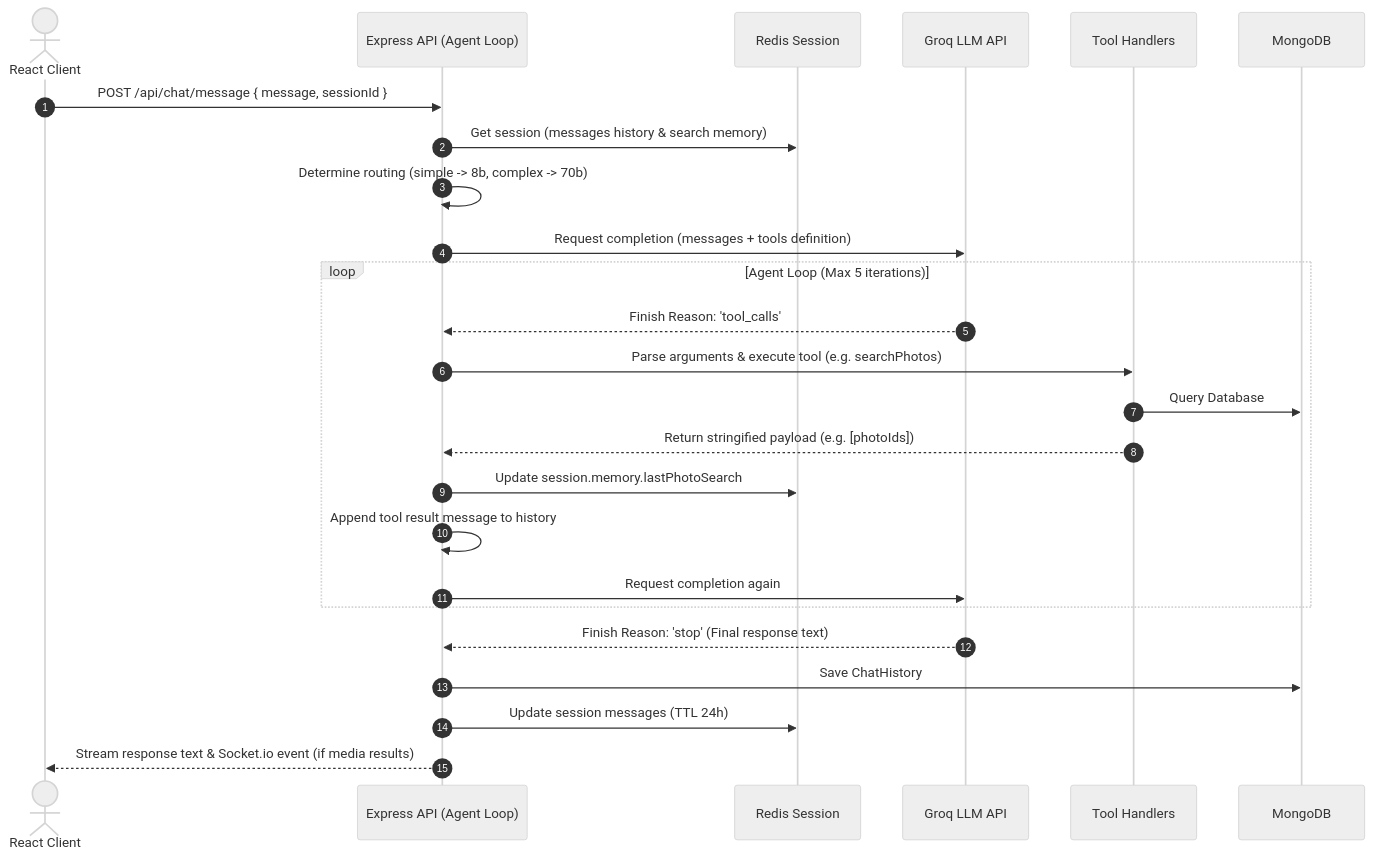
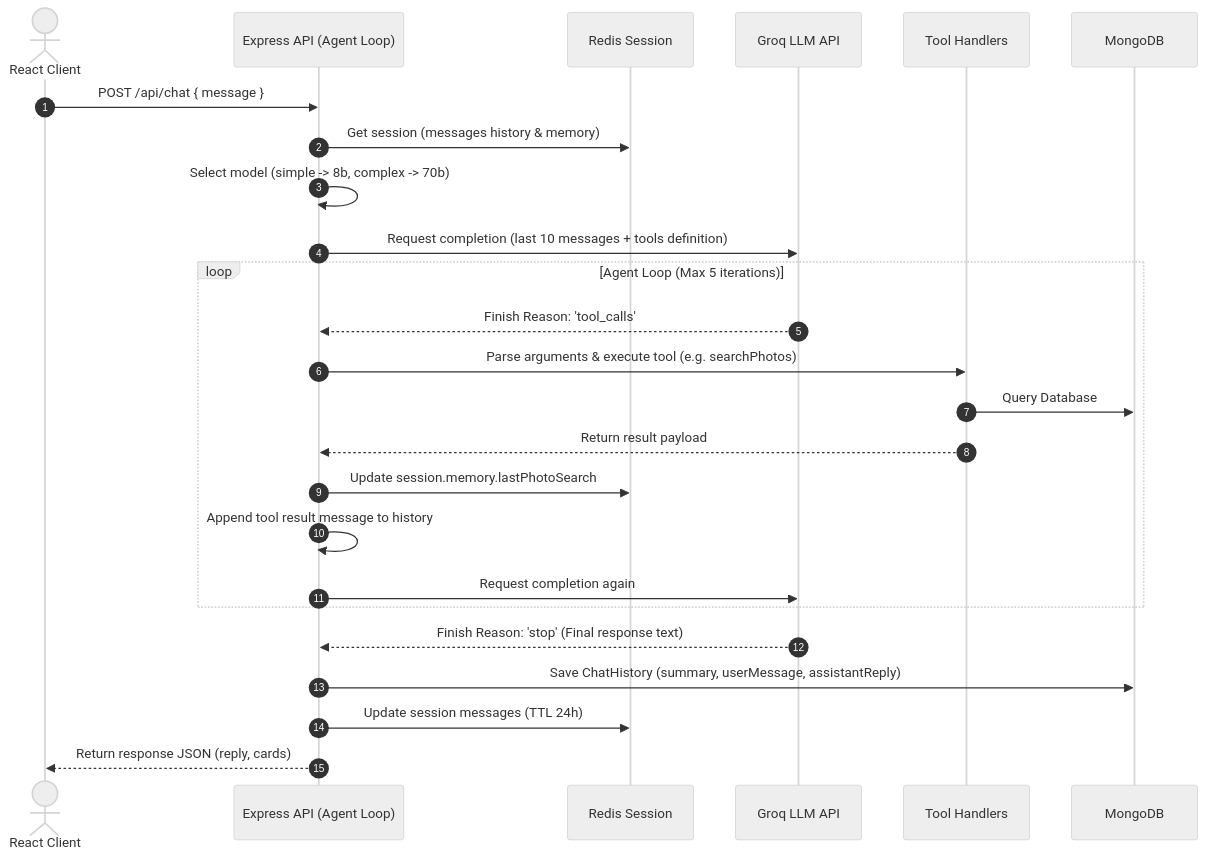
One commit to K-NagaCharan/APES changed the third of 4 diagrams in docs/architecture.md. Above: the diagram before and after it, drawn with Mermaid (neutral theme). The commit also changed other lines of this file and 9 other files, not shown here.

Commit message:
docs: add comprehensive system architecture, database design, and pipeline documentation

````diff
--- a/docs/architecture.md
+++ b/docs/architecture.md
@@ -82,30 +107,30 @@
 ```mermaid
 sequenceDiagram
     autonumber
     actor User as React Client
     participant API as Express API (Agent Loop)
     participant Redis as Redis Session
     participant Groq as Groq LLM API
     participant Tools as Tool Handlers
     participant DB as MongoDB
 
-    User->>API: POST /api/chat/message { message, sessionId }
-    API->>Redis: Get session (messages history & search memory)
-    API->>API: Determine routing (simple -> 8b, complex -> 70b)
-    API->>Groq: Request completion (messages + tools definition)
+    User->>API: POST /api/chat { message }
+    API->>Redis: Get session (messages history & memory)
+    API->>API: Select model (simple -> 8b, complex -> 70b)
+    API->>Groq: Request completion (last 10 messages + tools definition)
     
     loop Agent Loop (Max 5 iterations)
         Groq-->>API: Finish Reason: 'tool_calls'
         API->>Tools: Parse arguments & execute tool (e.g. searchPhotos)
         Tools->>DB: Query Database
-        Tools-->>API: Return stringified payload (e.g. [photoIds])
+        Tools-->>API: Return result payload
         API->>Redis: Update session.memory.lastPhotoSearch
         API->>API: Append tool result message to history
         API->>Groq: Request completion again
     end
     
     Groq-->>API: Finish Reason: 'stop' (Final response text)
-    API->>DB: Save ChatHistory
+    API->>DB: Save ChatHistory (summary, userMessage, assistantReply)
     API->>Redis: Update session messages (TTL 24h)
-    API-->>User: Stream response text & Socket.io event (if media results)
+    API-->>User: Return response JSON (reply, cards)
 ```
````
